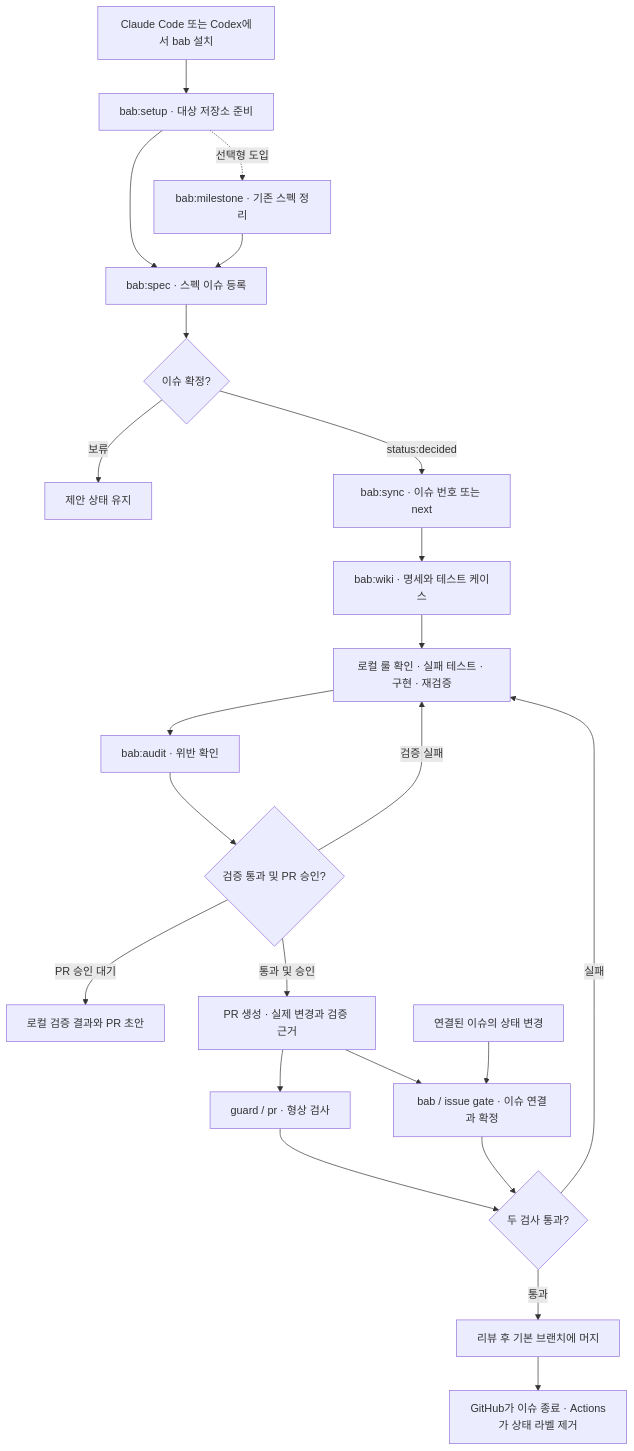
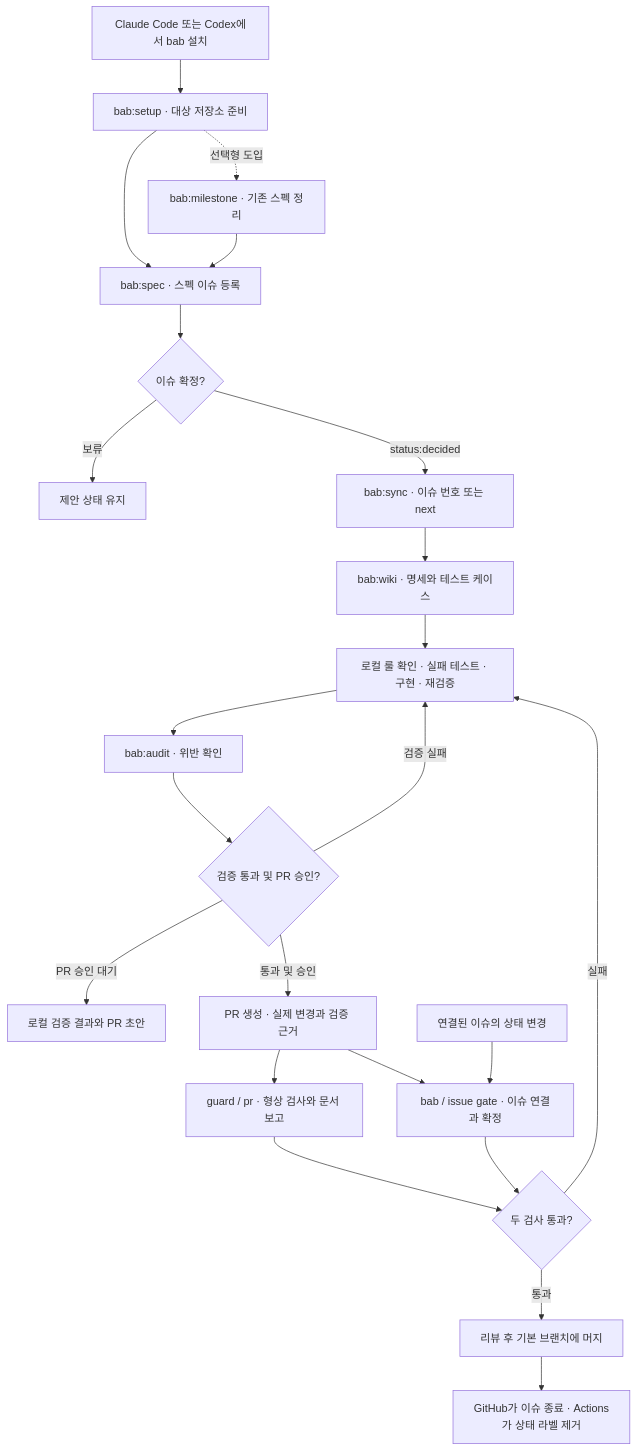
The diagram in docs/workflow.md (freevue/bab-skill), drawn with Mermaid before and after one commit. The commit also changed other lines of this file and 29 other files, not shown here.

````diff
--- a/docs/workflow.md
+++ b/docs/workflow.md
@@ -39,25 +40,25 @@
 ```mermaid
 flowchart TD
   install["Claude Code 또는 Codex에서 bab 설치"] --> setup["bab:setup · 대상 저장소 준비"]
   setup --> spec["bab:spec · 스펙 이슈 등록"]
   setup -. 선택형 도입 .-> milestone["bab:milestone · 기존 스펙 정리"]
   milestone --> spec
   spec --> decide{"이슈 확정?"}
   decide -->|보류| proposed["제안 상태 유지"]
   decide -->|status:decided| sync["bab:sync · 이슈 번호 또는 next"]
   sync --> wiki["bab:wiki · 명세와 테스트 케이스"]
   wiki --> implementation["로컬 룰 확인 · 실패 테스트 · 구현 · 재검증"]
   implementation --> audit["bab:audit · 위반 확인"]
   audit --> publish{"검증 통과 및 PR 승인?"}
   publish -->|검증 실패| implementation
   publish -->|PR 승인 대기| local["로컬 검증 결과와 PR 초안"]
   publish -->|통과 및 승인| pr["PR 생성 · 실제 변경과 검증 근거"]
-  pr --> shape["guard / pr · 형상 검사"]
+  pr --> shape["guard / pr · 형상 검사와 문서 보고"]
   pr --> gate["bab / issue gate · 이슈 연결과 확정"]
   state["연결된 이슈의 상태 변경"] --> gate
   shape --> guard{"두 검사 통과?"}
   gate --> guard
   guard -->|실패| implementation
   guard -->|통과| review["리뷰 후 기본 브랜치에 머지"]
   review --> closed["GitHub가 이슈 종료 · Actions가 상태 라벨 제거"]
 ```
````
